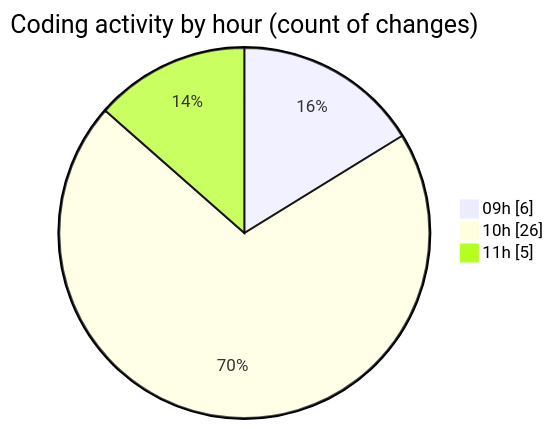
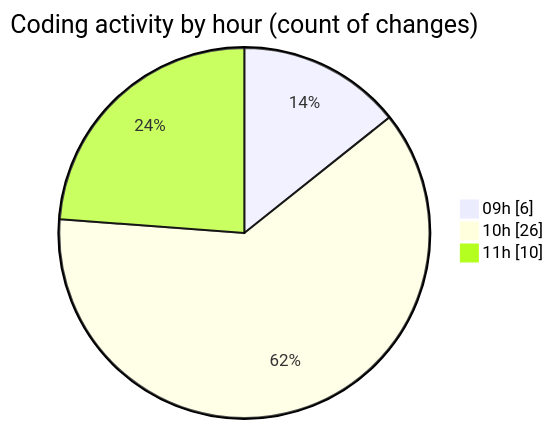
One commit to momahboobian/code-tracking changed the second of 2 diagrams in 2025-01-20/activity-tracker/README.md. Above: the diagram before and after it, drawn with Mermaid. The commit also changed other lines of this file and 1 other file, not shown here.

````diff
--- a/2025-01-20/activity-tracker/README.md
+++ b/2025-01-20/activity-tracker/README.md
@@ -31,7 +31,7 @@
 ```mermaid
 pie showData
 title Coding activity by hour (count of changes)
 "09h" : 6
 "10h" : 26
-"11h" : 5
+"11h" : 10
 ```
````
